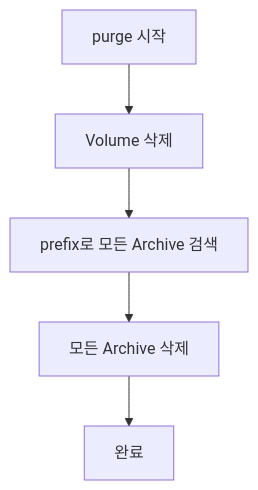
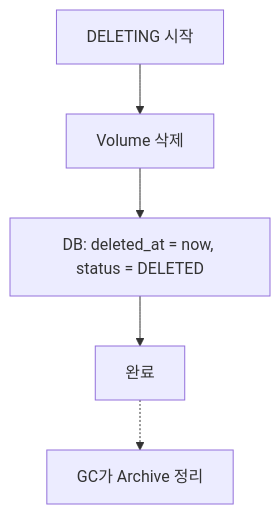
The fourth of 4 diagrams in docs/spec_v2/storage-operations.md (cagojeiger/code-hub), drawn with Mermaid before and after one commit. The commit also changed other lines of this file and 2 other files, not shown here.

First line of the commit message:
docs(spec): separate DELETING/GC responsibilities and add soft-delete

````diff
--- a/docs/spec_v2/storage-operations.md
+++ b/docs/spec_v2/storage-operations.md
@@ -171,7 +171,7 @@
 ```mermaid
 flowchart TD
-    A[purge 시작] --> B[Volume 삭제]
-    B --> C[prefix로 모든 Archive 검색]
-    C --> D[모든 Archive 삭제]
-    D --> E[완료]
+    A[DELETING 시작] --> B[Volume 삭제]
+    B --> C[DB: deleted_at = now, status = DELETED]
+    C --> D[완료]
+    D -.-> E[GC가 Archive 정리]
 ```
````
